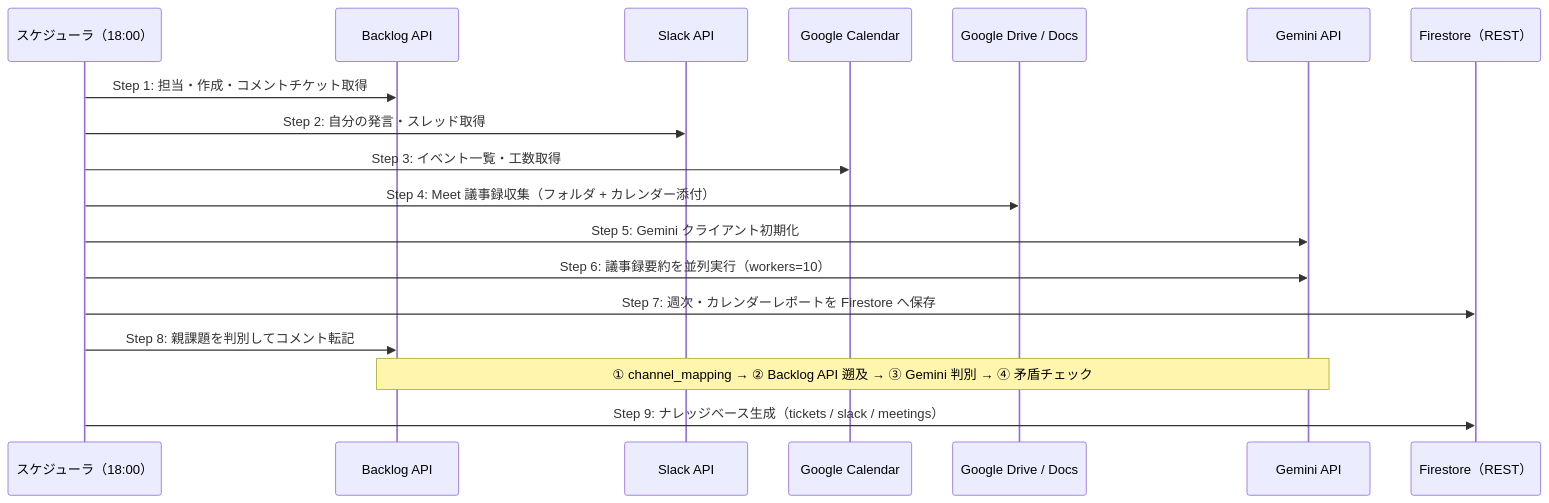
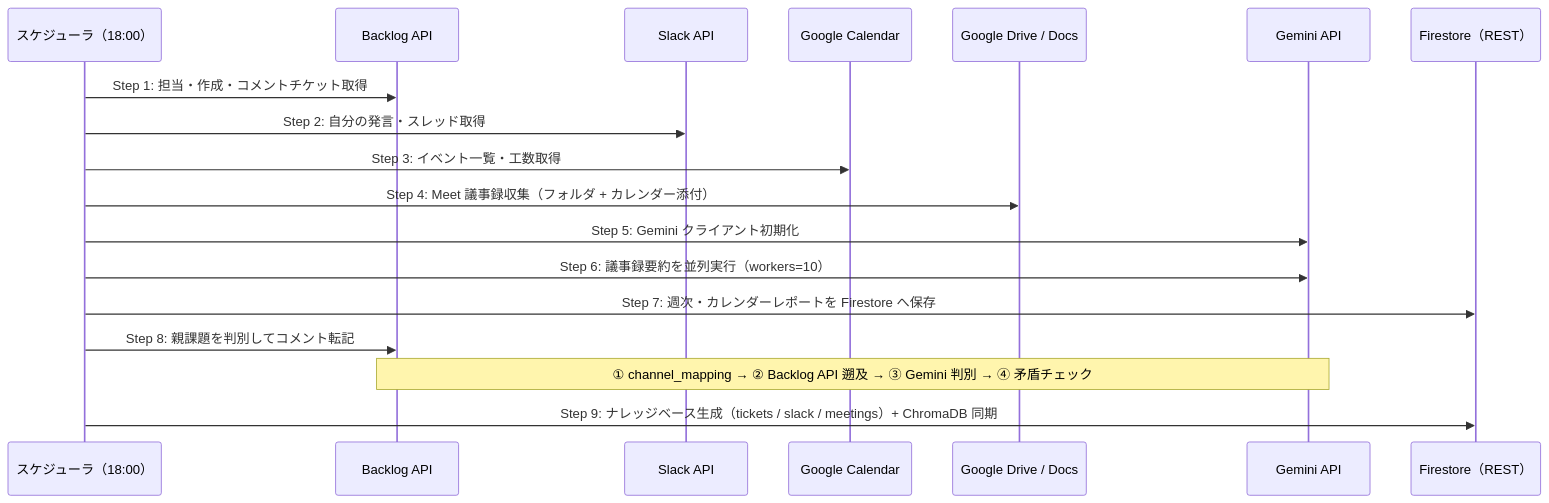
One commit to andst-kimura/Weekly-Relay changed the diagram in README.md. Above: the diagram before and after it, drawn with Mermaid. The commit also changed other lines of this file, not shown here.

````diff
--- a/README.md
+++ b/README.md
@@ -49,21 +51,21 @@
 ```mermaid
 sequenceDiagram
     participant SCH as スケジューラ（18:00）
     participant BL as Backlog API
     participant SL as Slack API
     participant CAL as Google Calendar
     participant DRIVE as Google Drive / Docs
     participant GEM as Gemini API
     participant FS as Firestore（REST）
 
     SCH->>BL: Step 1: 担当・作成・コメントチケット取得
     SCH->>SL: Step 2: 自分の発言・スレッド取得
     SCH->>CAL: Step 3: イベント一覧・工数取得
     SCH->>DRIVE: Step 4: Meet 議事録収集（フォルダ + カレンダー添付）
     SCH->>GEM: Step 5: Gemini クライアント初期化
     SCH->>GEM: Step 6: 議事録要約を並列実行（workers=10）
     SCH->>FS: Step 7: 週次・カレンダーレポートを Firestore へ保存
     SCH->>BL: Step 8: 親課題を判別してコメント転記
     Note over BL,GEM: ① channel_mapping → ② Backlog API 遡及 → ③ Gemini 判別 → ④ 矛盾チェック
-    SCH->>FS: Step 9: ナレッジベース生成（tickets / slack / meetings）
+    SCH->>FS: Step 9: ナレッジベース生成（tickets / slack / meetings）+ ChromaDB 同期
 ```
````
